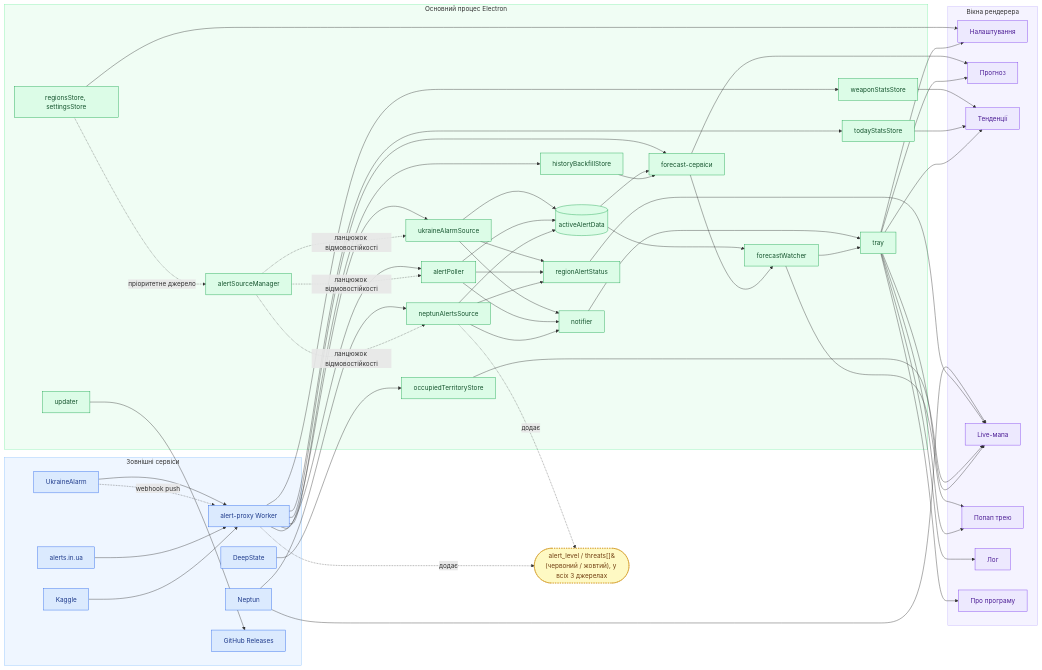
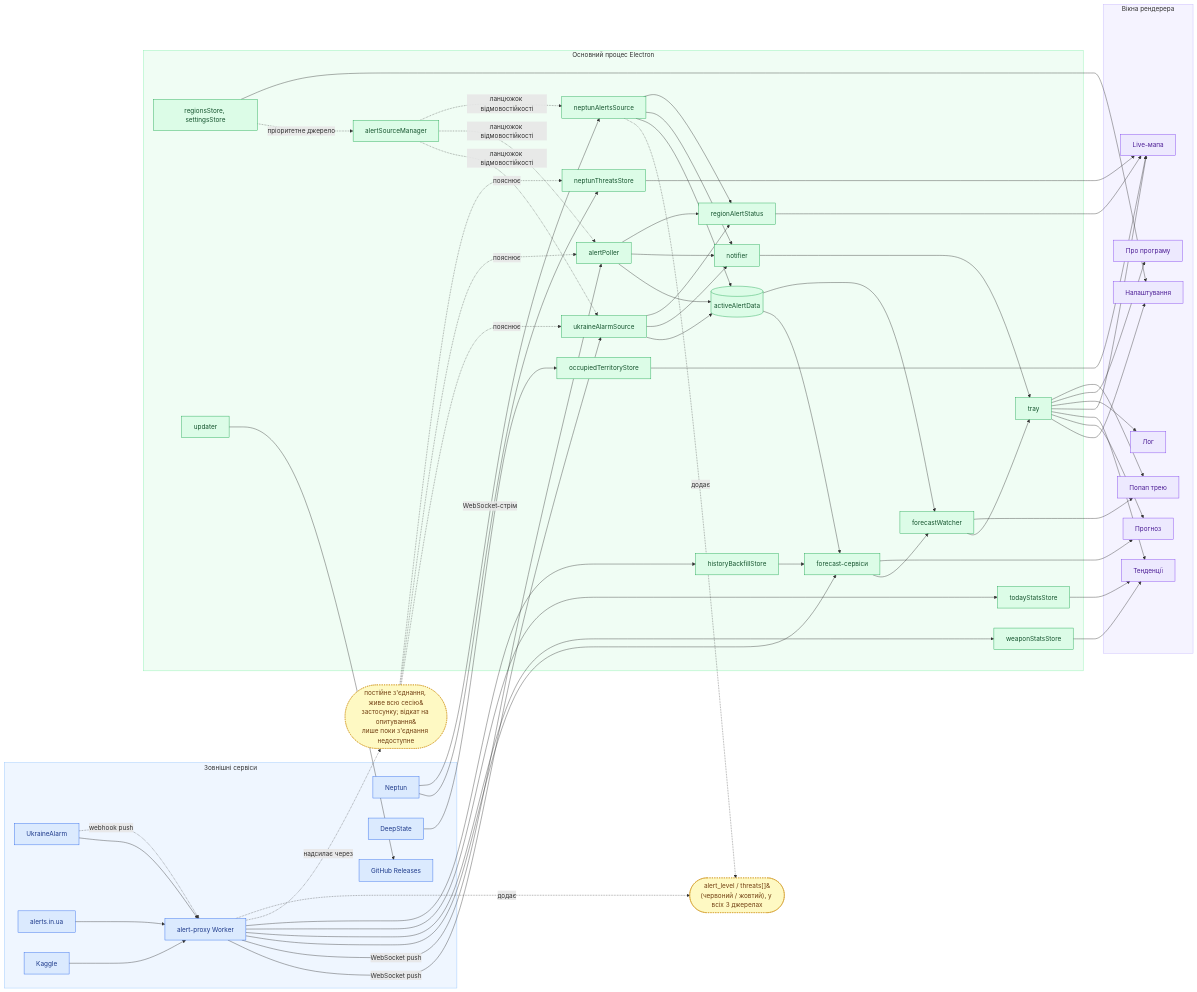
One commit to sergeiown/Alert_Server changed the diagram in docs/diagrams/architecture-uk.mmd. Above: the diagram before and after it, drawn with Mermaid. The commit also changed 3 other files, not shown here.

Commit message:
Update architecture diagrams for the WebSocket push migration

```diff
--- a/docs/diagrams/architecture-uk.mmd
+++ b/docs/diagrams/architecture-uk.mmd
@@ -1,111 +1,119 @@
 flowchart LR
     subgraph ext[Зовнішні сервіси]
         ukrainealarm[UkraineAlarm]
         api[alerts.in.ua]
         proxy[alert-proxy Worker]
         neptun[Neptun]
         deepstate[DeepState]
         kaggle[Kaggle]
         gh[GitHub Releases]
     end
 
     subgraph main[Основний процес Electron]
         sourceManager[alertSourceManager]
         uaSource[ukraineAlarmSource]
         poller[alertPoller]
         altSource[neptunAlertsSource]
+        threatsStore[neptunThreatsStore]
         activeData[(activeAlertData)]
         notifier[notifier]
         regionStatus[regionAlertStatus]
         todayStats[todayStatsStore]
         historyBackfill[historyBackfillStore]
         occupied[occupiedTerritoryStore]
         forecast[forecast-сервіси]
         watcher[forecastWatcher]
         weaponStats[weaponStatsStore]
         tray[tray]
         stores[regionsStore, settingsStore]
         updater[updater]
     end
 
     subgraph win[Вікна рендерера]
         settingsWin[Налаштування]
         forecastWin[Прогноз]
         trendsWin[Тенденції]
         liveMapWin[Live-мапа]
         popup[Попап трею]
         logWin[Лог]
         aboutWin[Про програму]
     end
 
     ukrainealarm --> proxy
     ukrainealarm -. webhook push .-> proxy
     api --> proxy
     kaggle --> proxy
-    proxy --> uaSource
-    proxy --> poller
+    proxy -->|WebSocket push| uaSource
+    proxy -->|WebSocket push| poller
     proxy --> forecast
     proxy --> weaponStats
     proxy --> todayStats
     proxy --> historyBackfill
     deepstate --> occupied
-    neptun --> liveMapWin
+    neptun -->|WebSocket-стрім| threatsStore
     neptun --> altSource
+
+    pushNote(["постійне з'єднання, живе всю сесію&#10;застосунку; відкат на опитування&#10;лише поки з'єднання недоступне"])
+    proxy -. надсилає через .-> pushNote
+    pushNote -. пояснює .-> uaSource
+    pushNote -. пояснює .-> poller
+    pushNote -. пояснює .-> threatsStore
 
     levelNote(["alert_level / threats[]&#10;(червоний / жовтий), у всіх 3 джерелах"])
     proxy -. додає .-> levelNote
     altSource -. додає .-> levelNote
 
     stores -. пріоритетне джерело .-> sourceManager
     sourceManager -. ланцюжок відмовостійкості .-> uaSource
     sourceManager -. ланцюжок відмовостійкості .-> poller
     sourceManager -. ланцюжок відмовостійкості .-> altSource
     uaSource --> activeData
     poller --> activeData
     altSource --> activeData
     uaSource --> notifier
     poller --> notifier
     altSource --> notifier
     uaSource --> regionStatus
     poller --> regionStatus
     altSource --> regionStatus
     notifier --> tray
 
     activeData --> forecast
     activeData --> watcher
     historyBackfill --> forecast
     forecast --> watcher
     watcher --> tray
     watcher --> popup
 
     regionStatus --> liveMapWin
+    threatsStore --> liveMapWin
     occupied --> liveMapWin
     weaponStats --> trendsWin
     todayStats --> trendsWin
 
     stores --> settingsWin
     forecast --> forecastWin
 
     tray --> settingsWin
     tray --> forecastWin
     tray --> trendsWin
     tray --> liveMapWin
     tray --> logWin
     tray --> aboutWin
     tray --> popup
 
     updater --> gh
 
     classDef extNode fill:#dbeafe,stroke:#2563eb,color:#1e3a8a
     classDef mainNode fill:#dcfce7,stroke:#16a34a,color:#14532d
     classDef winNode fill:#ede9fe,stroke:#7c3aed,color:#4c1d95
     classDef noteNode fill:#fef9c3,stroke:#ca8a04,color:#713f12,stroke-dasharray:3 3
 
     class ukrainealarm,api,proxy,neptun,deepstate,kaggle,gh extNode
-    class sourceManager,uaSource,poller,altSource,activeData,notifier,regionStatus,todayStats,historyBackfill,occupied,forecast,watcher,weaponStats,tray,stores,updater mainNode
+    class sourceManager,uaSource,poller,altSource,threatsStore,activeData,notifier,regionStatus,todayStats,historyBackfill,occupied,forecast,watcher,weaponStats,tray,stores,updater mainNode
     class settingsWin,forecastWin,trendsWin,liveMapWin,popup,logWin,aboutWin winNode
-    class levelNote noteNode
+    class levelNote,pushNote noteNode
 
     style ext fill:#eff6ff,stroke:#93c5fd
     style main fill:#f0fdf4,stroke:#86efac
     style win fill:#f5f3ff,stroke:#c4b5fd
```
